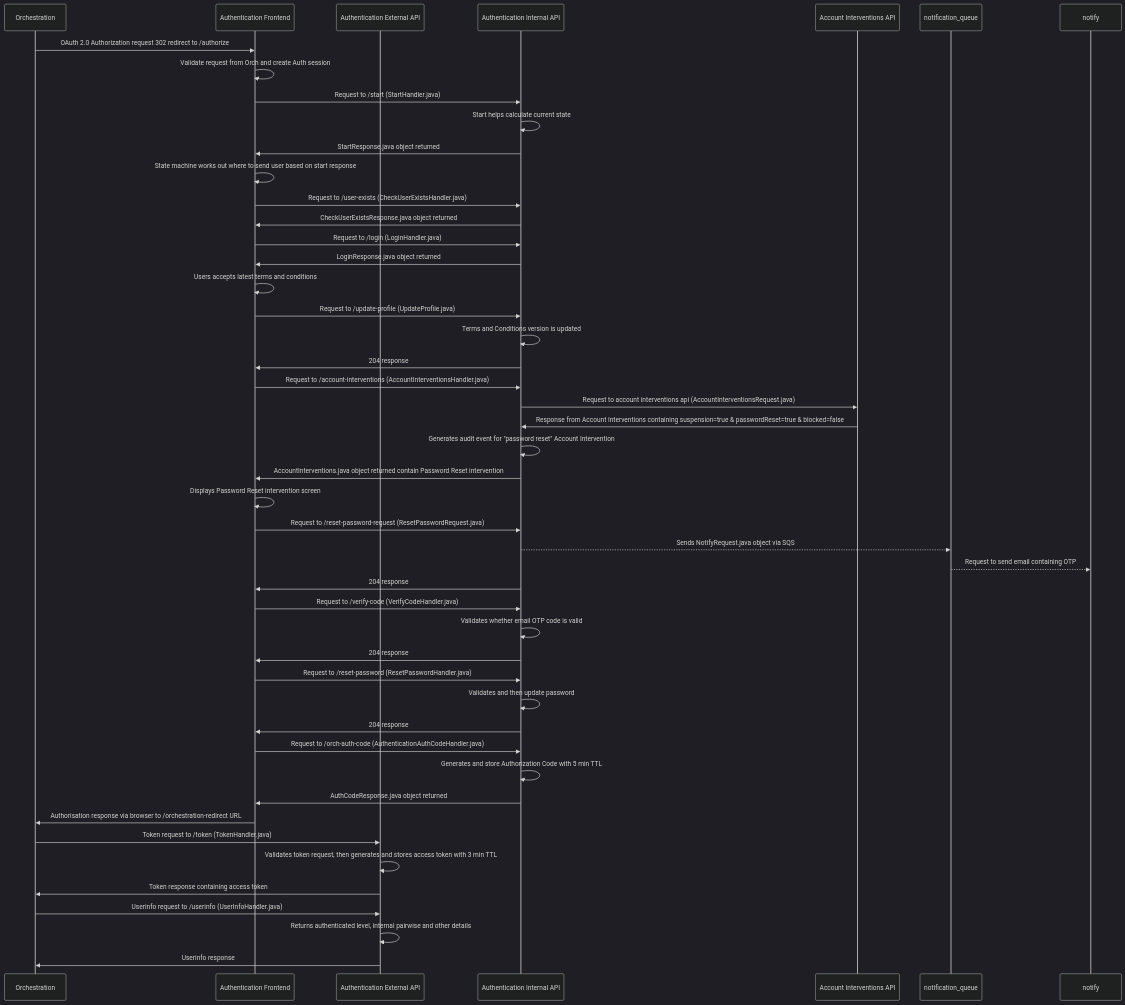
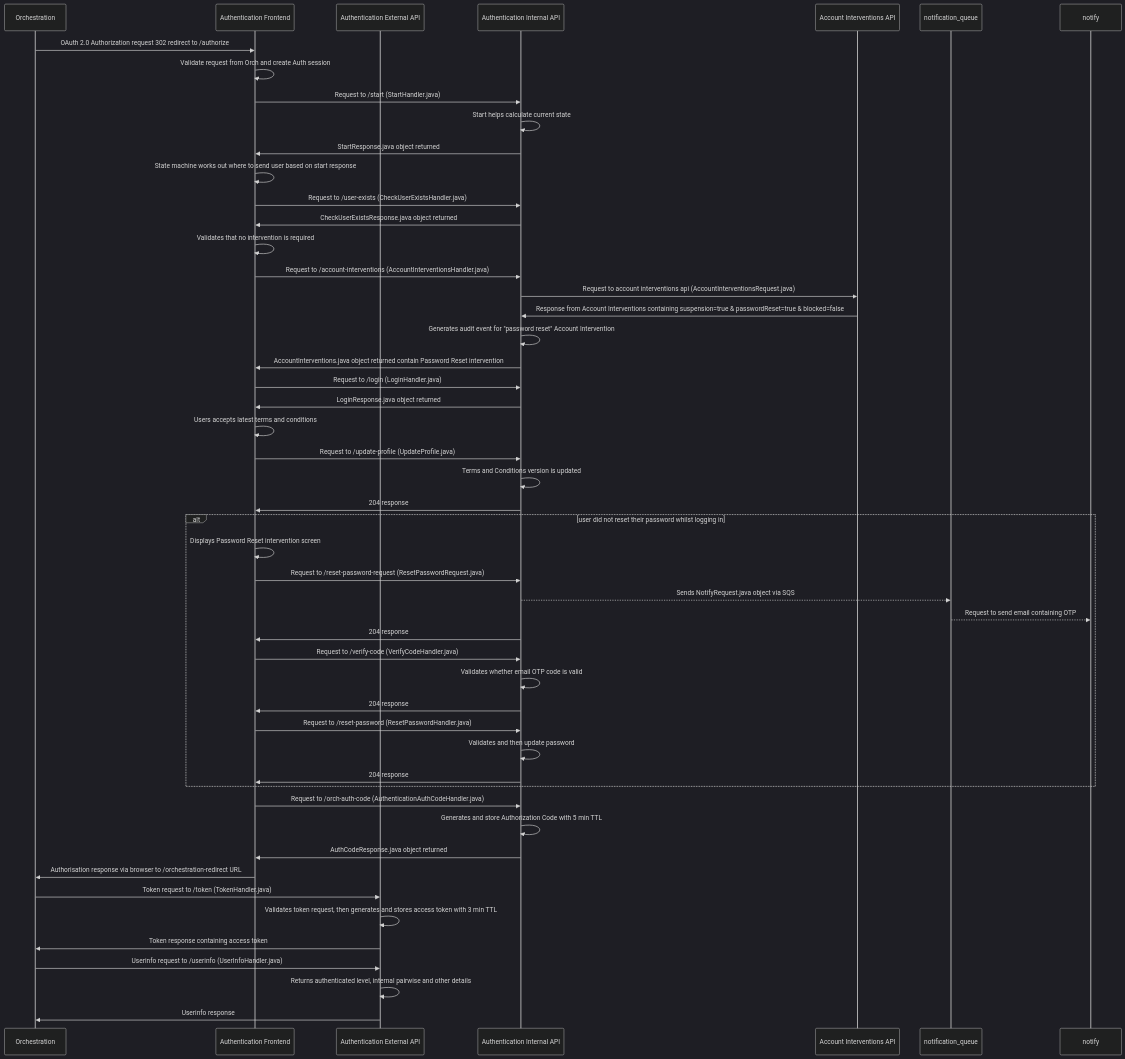
One commit to govuk-one-login/authentication-api changed the diagram in docs/diagrams/authentication/login/account-interventions/low-level-terms-and-conditions/login-terms-low-level-password-reset-intervention.mmd. Above: the diagram before and after it, drawn with Mermaid (dark theme). The commit also changed 28 other files, not shown here.

First line of the commit message:
BAU - Update interventions diagram

```diff
--- a/docs/diagrams/authentication/login/account-interventions/low-level-terms-and-conditions/login-terms-low-level-password-reset-intervention.mmd
+++ b/docs/diagrams/authentication/login/account-interventions/low-level-terms-and-conditions/login-terms-low-level-password-reset-intervention.mmd
@@ -1,46 +1,49 @@
 sequenceDiagram
     participant orch_api as Orchestration
     participant auth_frontend as Authentication Frontend
     participant auth_external_api as Authentication External API
     participant auth_internal_api as Authentication Internal API
     participant account_interventions as Account Interventions API    
     orch_api ->> auth_frontend : OAuth 2.0 Authorization request 302 redirect to /authorize
     auth_frontend ->> auth_frontend : Validate request from Orch and create Auth session 
     auth_frontend ->> auth_internal_api : Request to /start (StartHandler.java)
     auth_internal_api ->> auth_internal_api : Start helps calculate current state
     auth_internal_api ->> auth_frontend : StartResponse.java object returned
     auth_frontend ->> auth_frontend : State machine works out where to send user based on start response
     auth_frontend ->> auth_internal_api : Request to /user-exists (CheckUserExistsHandler.java)
     auth_internal_api ->> auth_frontend: CheckUserExistsResponse.java object returned
+    auth_frontend ->> auth_frontend : Validates that no intervention is required
+    auth_frontend ->> auth_internal_api : Request to /account-interventions (AccountInterventionsHandler.java)
+    auth_internal_api ->> account_interventions : Request to account interventions api (AccountInterventionsRequest.java)
+    account_interventions ->> auth_internal_api : Response from Account Interventions containing suspension=true & passwordReset=true & blocked=false
+    auth_internal_api ->> auth_internal_api : Generates audit event for "password reset" Account Intervention
+    auth_internal_api ->> auth_frontend: AccountInterventions.java object returned contain Password Reset intervention
     auth_frontend ->> auth_internal_api : Request to /login (LoginHandler.java)
     auth_internal_api ->> auth_frontend: LoginResponse.java object returned
     auth_frontend ->> auth_frontend: Users accepts latest terms and conditions
     auth_frontend ->> auth_internal_api : Request to /update-profile (UpdateProfile.java)
     auth_internal_api ->> auth_internal_api : Terms and Conditions version is updated
     auth_internal_api ->> auth_frontend: 204 response 
-    auth_frontend ->> auth_internal_api : Request to /account-interventions (AccountInterventionsHandler.java)
-    auth_internal_api ->> account_interventions : Request to account interventions api (AccountInterventionsRequest.java)
-    account_interventions ->> auth_internal_api : Response from Account Interventions containing suspension=true & passwordReset=true & blocked=false
-    auth_internal_api ->> auth_internal_api : Generates audit event for "password reset" Account Intervention
-    auth_internal_api ->> auth_frontend: AccountInterventions.java object returned contain Password Reset intervention
-    auth_frontend ->> auth_frontend : Displays Password Reset intervention screen
-    auth_frontend ->> auth_internal_api : Request to /reset-password-request (ResetPasswordRequest.java)
-    auth_internal_api -->> notification_queue : Sends NotifyRequest.java object via SQS
-    notification_queue -->> notify : Request to send email containing OTP 
-    auth_internal_api ->> auth_frontend: 204 response
-    auth_frontend ->> auth_internal_api : Request to /verify-code (VerifyCodeHandler.java)
-    auth_internal_api ->> auth_internal_api : Validates whether email OTP code is valid
-    auth_internal_api ->> auth_frontend: 204 response
-    auth_frontend ->> auth_internal_api : Request to /reset-password (ResetPasswordHandler.java)
-    auth_internal_api ->> auth_internal_api : Validates and then update password
-    auth_internal_api ->> auth_frontend: 204 response
+    alt user did not reset their password whilst logging in
+        auth_frontend ->> auth_frontend : Displays Password Reset intervention screen
+        auth_frontend ->> auth_internal_api : Request to /reset-password-request (ResetPasswordRequest.java)
+        auth_internal_api -->> notification_queue : Sends NotifyRequest.java object via SQS
+        notification_queue -->> notify : Request to send email containing OTP 
+        auth_internal_api ->> auth_frontend: 204 response
+        auth_frontend ->> auth_internal_api : Request to /verify-code (VerifyCodeHandler.java)
+        auth_internal_api ->> auth_internal_api : Validates whether email OTP code is valid
+        auth_internal_api ->> auth_frontend: 204 response
+        auth_frontend ->> auth_internal_api : Request to /reset-password (ResetPasswordHandler.java)
+        auth_internal_api ->> auth_internal_api : Validates and then update password
+        auth_internal_api ->> auth_frontend: 204 response
+    end
     auth_frontend ->> auth_internal_api : Request to /orch-auth-code (AuthenticationAuthCodeHandler.java)
     auth_internal_api ->> auth_internal_api : Generates and store Authorization Code with 5 min TTL
     auth_internal_api ->> auth_frontend: AuthCodeResponse.java object returned
     auth_frontend ->> orch_api : Authorisation response via browser to /orchestration-redirect URL
     orch_api ->> auth_external_api: Token request to /token (TokenHandler.java)
     auth_external_api ->> auth_external_api : Validates token request, then generates and stores access token with 3 min TTL
     auth_external_api ->> orch_api : Token response containing access token
     orch_api ->> auth_external_api: Userinfo request to /userinfo (UserInfoHandler.java)
     auth_external_api ->> auth_external_api: Returns authenticated level, internal pairwise and other details
     auth_external_api ->> orch_api : Userinfo response
```
